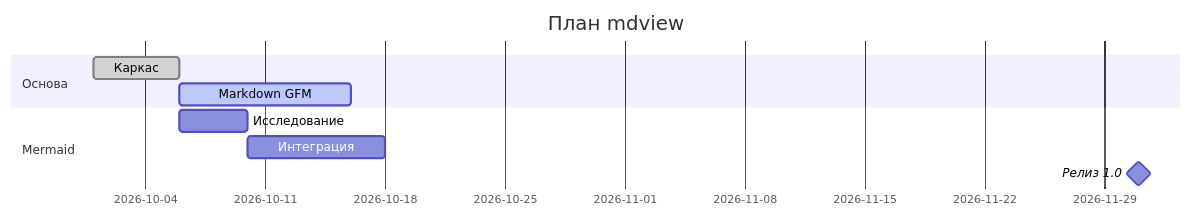
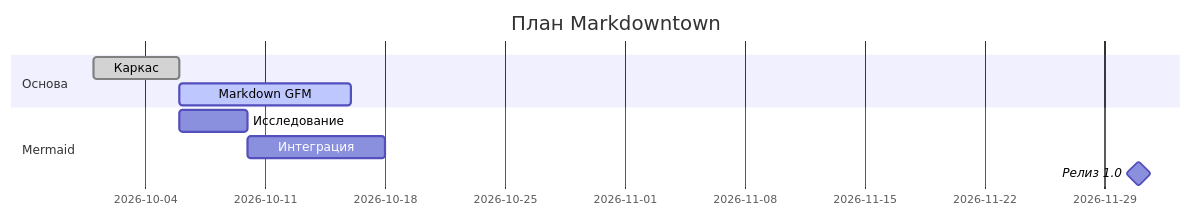
The sixth of 12 diagrams in examples/mermaid.md (luna-park/Markdowntown), drawn with Mermaid before and after one commit. The commit also changed other lines of this file and 15 other files, not shown here.

First line of the commit message:
Rename to Markdowntown; dark palette, diagram viewer, render cancellation

````diff
--- a/examples/mermaid.md
+++ b/examples/mermaid.md
@@ -93,12 +93,12 @@
 ```mermaid
 gantt
-    title План mdview
+    title План Markdowntown
     dateFormat YYYY-MM-DD
     section Основа
     Каркас          :done, a1, 2026-10-01, 5d
     Markdown GFM    :active, a2, after a1, 10d
     section Mermaid
     Исследование    :b1, after a1, 4d
     Интеграция      :b2, after b1, 8d
     Релиз 1.0       :milestone, m1, 2026-12-01, 0d
 ```
````
